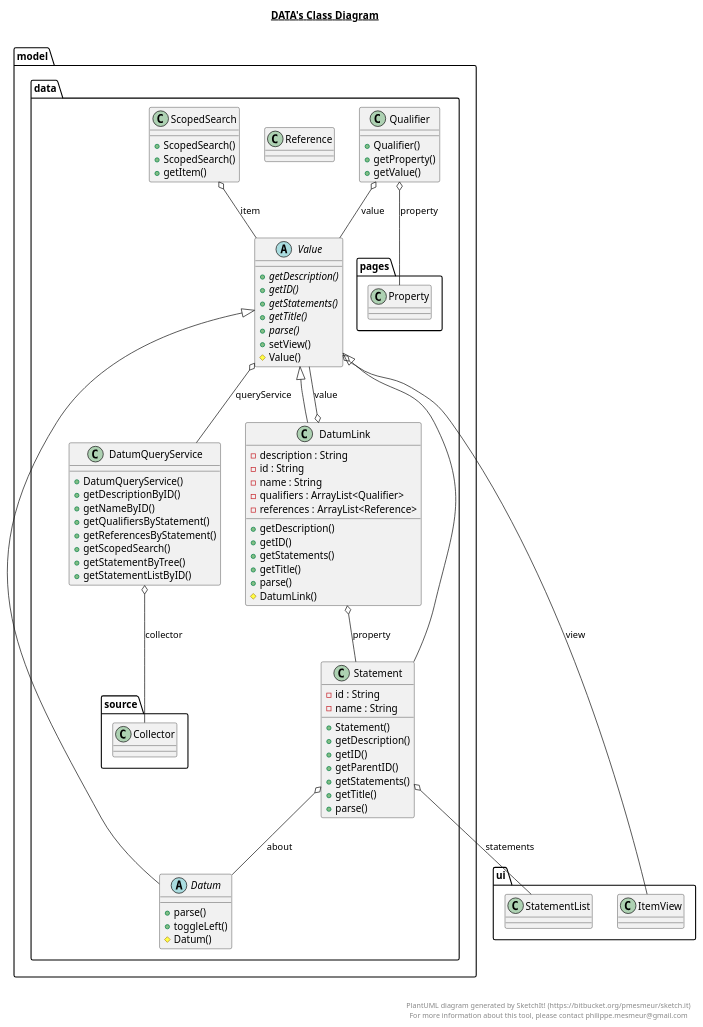
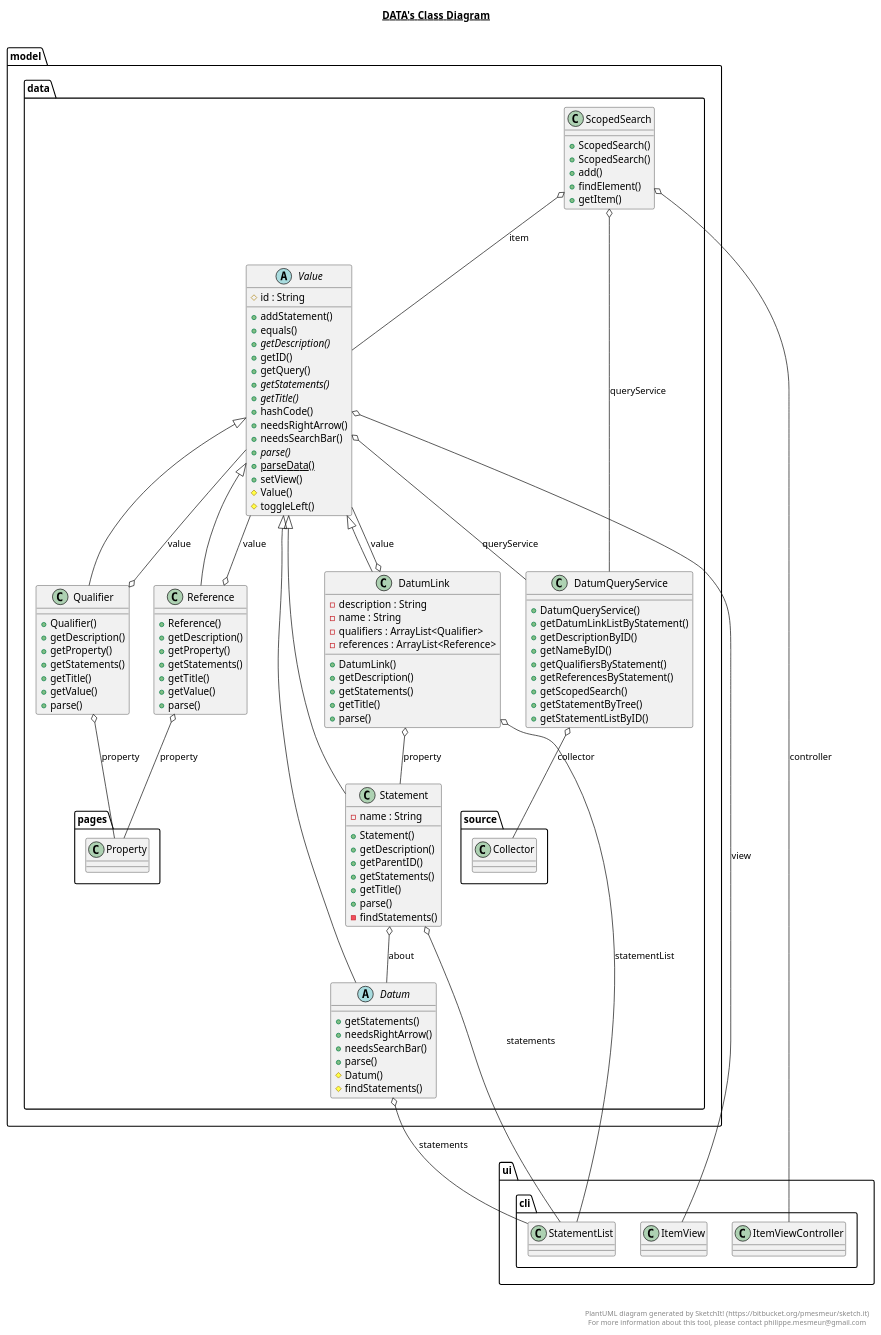
The diagram in out/production/Project-Starter/model/data/data.plantuml (Bryce-MW/WikidataExplorer), drawn with PlantUML before and after one commit. The commit also changed 45 other files, not shown here.

```diff
--- a/out/production/Project-Starter/model/data/data.plantuml
+++ b/out/production/Project-Starter/model/data/data.plantuml
@@ -1,119 +1,150 @@
 @startuml
 
 title __DATA's Class Diagram__\n
 
   namespace model.data {
     abstract class model.data.Datum {
+        + getStatements()
+        + needsRightArrow()
+        + needsSearchBar()
         + parse()
-        + toggleLeft()
         # Datum()
+        # findStatements()
     }
   }
   
 
   namespace model.data {
     class model.data.DatumLink {
         - description : String
-        - id : String
         - name : String
         - qualifiers : ArrayList<Qualifier>
         - references : ArrayList<Reference>
+        + DatumLink()
         + getDescription()
-        + getID()
         + getStatements()
         + getTitle()
         + parse()
-        # DatumLink()
     }
   }
   
 
   namespace model.data {
     class model.data.DatumQueryService {
         + DatumQueryService()
+        + getDatumLinkListByStatement()
         + getDescriptionByID()
         + getNameByID()
         + getQualifiersByStatement()
         + getReferencesByStatement()
         + getScopedSearch()
         + getStatementByTree()
         + getStatementListByID()
     }
   }
   
 
   namespace model.data {
     class model.data.Qualifier {
         + Qualifier()
+        + getDescription()
         + getProperty()
+        + getStatements()
+        + getTitle()
         + getValue()
+        + parse()
     }
   }
   
 
   namespace model.data {
     class model.data.Reference {
+        + Reference()
+        + getDescription()
+        + getProperty()
+        + getStatements()
+        + getTitle()
+        + getValue()
+        + parse()
     }
   }
   
 
   namespace model.data {
     class model.data.ScopedSearch {
         + ScopedSearch()
         + ScopedSearch()
+        + add()
+        + findElement()
         + getItem()
     }
   }
   
 
   namespace model.data {
     class model.data.Statement {
-        - id : String
         - name : String
         + Statement()
         + getDescription()
-        + getID()
         + getParentID()
         + getStatements()
         + getTitle()
         + parse()
+        - findStatements()
     }
   }
   
 
   namespace model.data {
     abstract class model.data.Value {
+        # id : String
+        + addStatement()
+        + equals()
         {abstract} + getDescription()
-        {abstract} + getID()
+        + getID()
+        + getQuery()
         {abstract} + getStatements()
         {abstract} + getTitle()
+        + hashCode()
+        + needsRightArrow()
+        + needsSearchBar()
         {abstract} + parse()
+        {static} + parseData()
         + setView()
         # Value()
+        # toggleLeft()
     }
   }
   
 
   model.data.Datum -up-|> model.data.Value
+  model.data.Datum o-- ui.cli.StatementList : statements
   model.data.DatumLink -up-|> model.data.Value
   model.data.DatumLink o-- model.data.Statement : property
+  model.data.DatumLink o-- ui.cli.StatementList : statementList
   model.data.DatumLink o-- model.data.Value : value
   model.data.DatumQueryService o-- model.data.source.Collector : collector
+  model.data.Qualifier -up-|> model.data.Value
   model.data.Qualifier o-- model.data.pages.Property : property
   model.data.Qualifier o-- model.data.Value : value
+  model.data.Reference -up-|> model.data.Value
+  model.data.Reference o-- model.data.pages.Property : property
+  model.data.Reference o-- model.data.Value : value
+  model.data.ScopedSearch o-- ui.cli.ItemViewController : controller
   model.data.ScopedSearch o-- model.data.Value : item
+  model.data.ScopedSearch o-- model.data.DatumQueryService : queryService
   model.data.Statement -up-|> model.data.Value
   model.data.Statement o-- model.data.Datum : about
-  model.data.Statement o-- ui.StatementList : statements
+  model.data.Statement o-- ui.cli.StatementList : statements
   model.data.Value o-- model.data.DatumQueryService : queryService
-  model.data.Value o-- ui.ItemView : view
+  model.data.Value o-- ui.cli.ItemView : view
 
 
 right footer
 
 
 PlantUML diagram generated by SketchIt! (https://bitbucket.org/pmesmeur/sketch.it)
 For more information about this tool, please contact philippe.mesmeur@gmail.com
 endfooter
 
 @enduml
```
